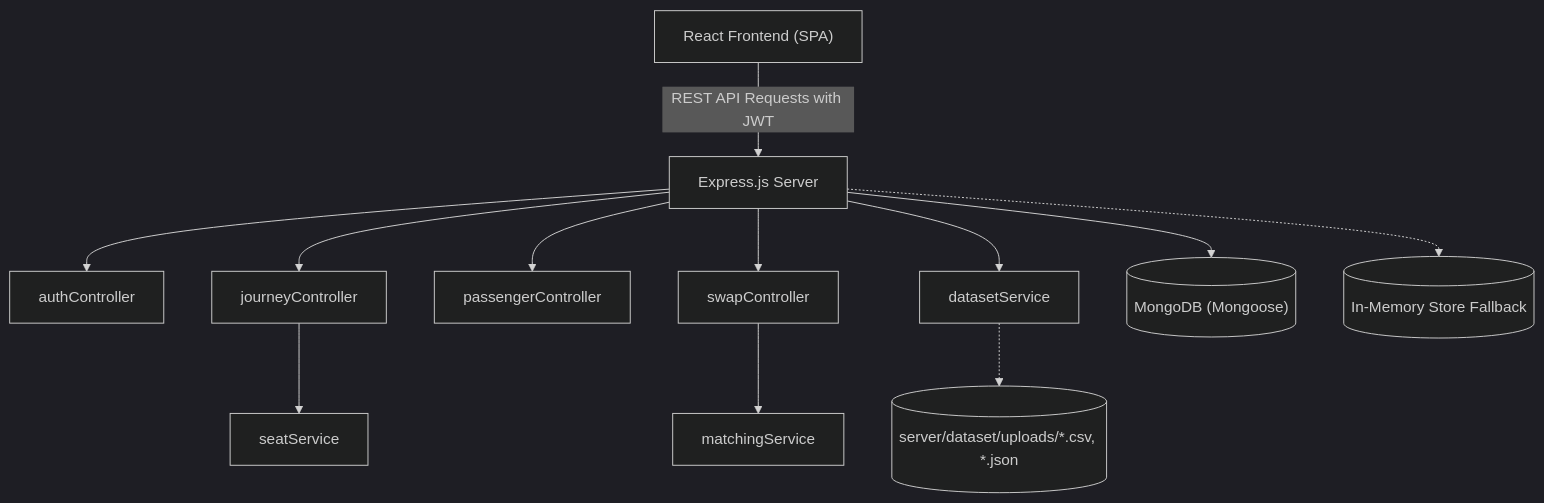
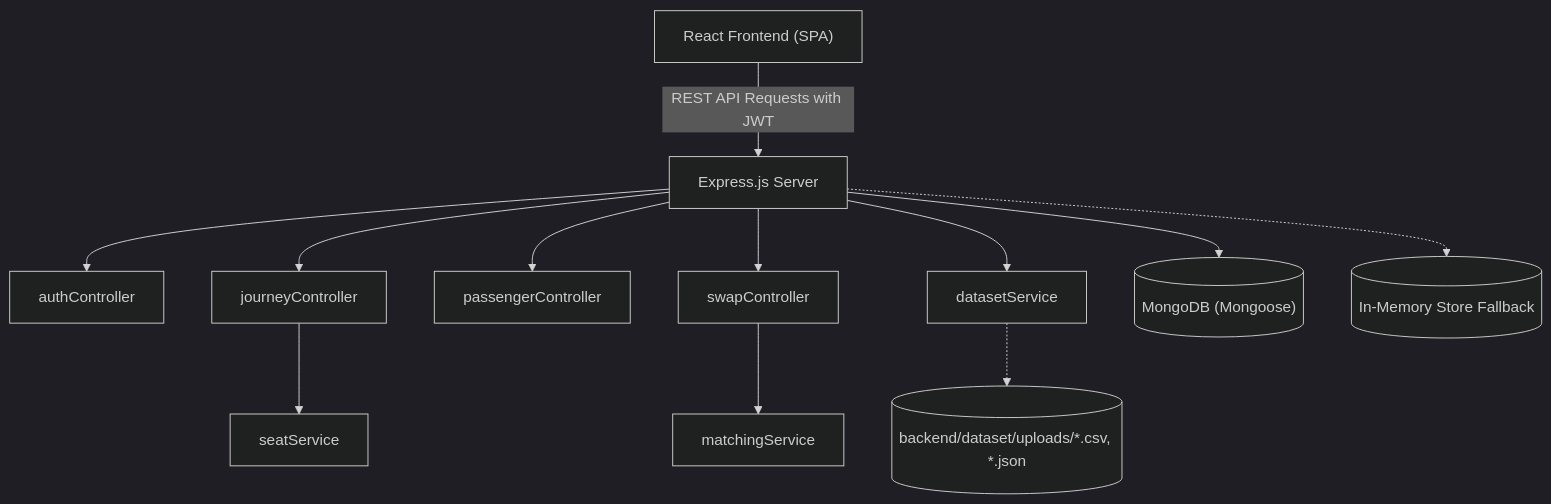
The diagram in .ai/ARCHITECTURE.md (mahendraasingh/rail), drawn with Mermaid (dark theme) before and after one commit. The commit also changed other lines of this file and 79 other files, not shown here.

````diff
--- a/.ai/ARCHITECTURE.md
+++ b/.ai/ARCHITECTURE.md
@@ -10,16 +10,16 @@
 ```mermaid
 graph TD
     Client["React Frontend (SPA)"] -->|REST API Requests with JWT| Server["Express.js Server"]
     Server --> AuthCtrl["authController"]
     Server --> JourneyCtrl["journeyController"]
     Server --> PassengerCtrl["passengerController"]
     Server --> SwapCtrl["swapController"]
     Server --> DatasetSvc["datasetService"]
     
     JourneyCtrl --> SeatSvc["seatService"]
     SwapCtrl --> MatchSvc["matchingService"]
     
     Server --> Mongo[("MongoDB (Mongoose)")]
     Server -.-> FallbackStore[("In-Memory Store Fallback")]
-    DatasetSvc -.-> DatasetFiles[("server/dataset/uploads/*.csv, *.json")]
+    DatasetSvc -.-> DatasetFiles[("backend/dataset/uploads/*.csv, *.json")]
 ```
````
